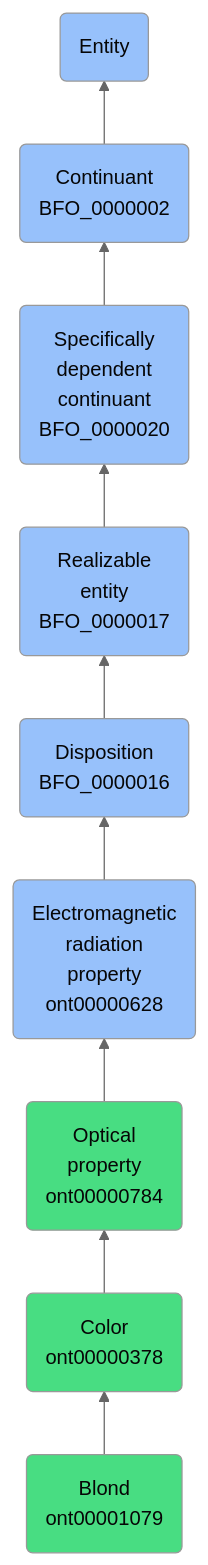
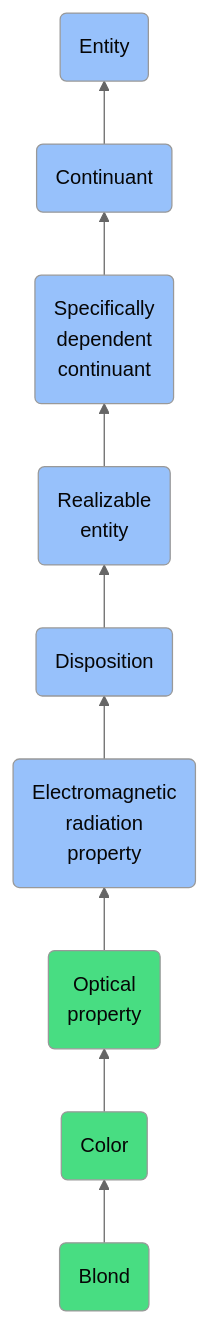
Before and after one commit to jupyter-naas/abi: the diagram in docs/ontology/reference/model/Entity/Continuant/Specifically dependent continuant/Realizable entity/Disposition/Electromagnetic radiation property/Optical property/Color/Blond/Blond.md, drawn with Mermaid (neutral theme). The commit also changed other lines of this file and 1430 other files, not shown here.

````diff
--- a/docs/ontology/reference/model/Entity/Continuant/Specifically dependent continuant/Realizable entity/Disposition/Electromagnetic radiation property/Optical property/Color/Blond/Blond.md
+++ b/docs/ontology/reference/model/Entity/Continuant/Specifically dependent continuant/Realizable entity/Disposition/Electromagnetic radiation property/Optical property/Color/Blond/Blond.md
@@ -24,16 +24,16 @@
 ```mermaid
 graph BT
-    ont00001079(Blond<br>ont00001079):::ABI-->ont00000378
-    ont00000378(Color<br>ont00000378):::ABI-->ont00000784
-    ont00000784(Optical<br>property<br>ont00000784):::ABI-->ont00000628
-    ont00000628(Electromagnetic<br>radiation<br>property<br>ont00000628):::BFO-->BFO_0000016
-    BFO_0000016(Disposition<br>BFO_0000016):::BFO-->BFO_0000017
-    BFO_0000017(Realizable<br>entity<br>BFO_0000017):::BFO-->BFO_0000020
-    BFO_0000020(Specifically<br>dependent<br>continuant<br>BFO_0000020):::BFO-->BFO_0000002
-    BFO_0000002(Continuant<br>BFO_0000002):::BFO-->BFO_0000001
+    ont00001079(Blond):::ABI-->ont00000378
+    ont00000378(Color):::ABI-->ont00000784
+    ont00000784(Optical<br>property):::ABI-->ont00000628
+    ont00000628(Electromagnetic<br>radiation<br>property):::BFO-->BFO_0000016
+    BFO_0000016(Disposition):::BFO-->BFO_0000017
+    BFO_0000017(Realizable<br>entity):::BFO-->BFO_0000020
+    BFO_0000020(Specifically<br>dependent<br>continuant):::BFO-->BFO_0000002
+    BFO_0000002(Continuant):::BFO-->BFO_0000001
     BFO_0000001(Entity):::BFO
     
     classDef BFO fill:#97c1fb,color:#060606
     classDef CCO fill:#e4c51e,color:#060606
     classDef ABI fill:#48DD82,color:#060606
 ```
````
